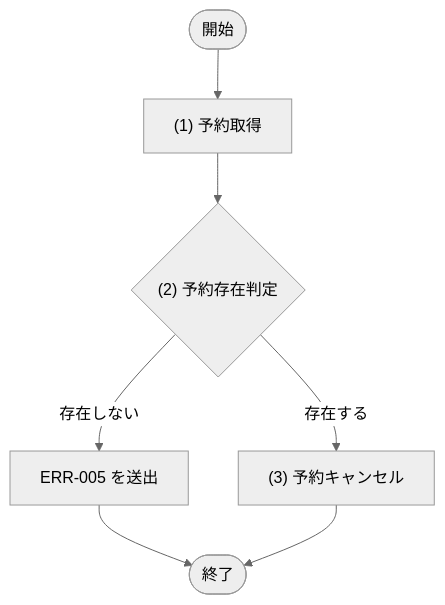
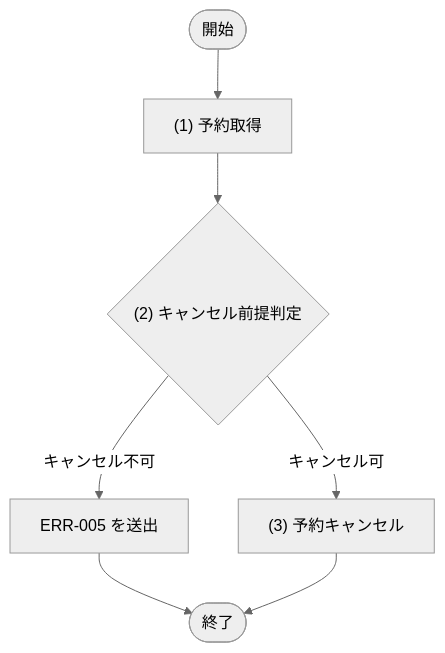
Before and after one commit to sikakou54/system-document-template: the third of 3 diagrams in docs/02_機能設計/05_モジュール設計/MOD-003_予約サービス.md, drawn with Mermaid (neutral theme). The commit also changed other lines of this file and 52 other files, not shown here.

````diff
--- a/docs/02_機能設計/05_モジュール設計/MOD-003_予約サービス.md
+++ b/docs/02_機能設計/05_モジュール設計/MOD-003_予約サービス.md
@@ -80,13 +81,13 @@
 ```mermaid
 flowchart TD
   Start([開始])
   P1["(1) 予約取得"]
-  D1{"(2) 予約存在判定"}
+  D1{"(2) キャンセル前提判定"}
   P2["(3) 予約キャンセル"]
   E1["ERR-005 を送出"]
   End([終了])
 
   Start --> P1 --> D1
-  D1 -- "存在しない" --> E1 --> End
-  D1 -- "存在する" --> P2 --> End
+  D1 -- "キャンセル不可" --> E1 --> End
+  D1 -- "キャンセル可" --> P2 --> End
 ```
````
